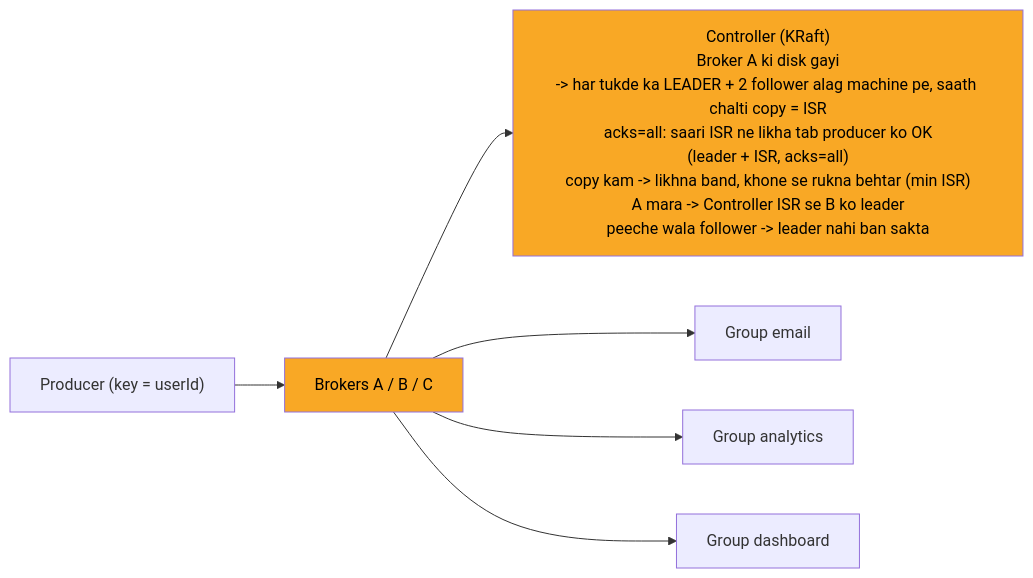
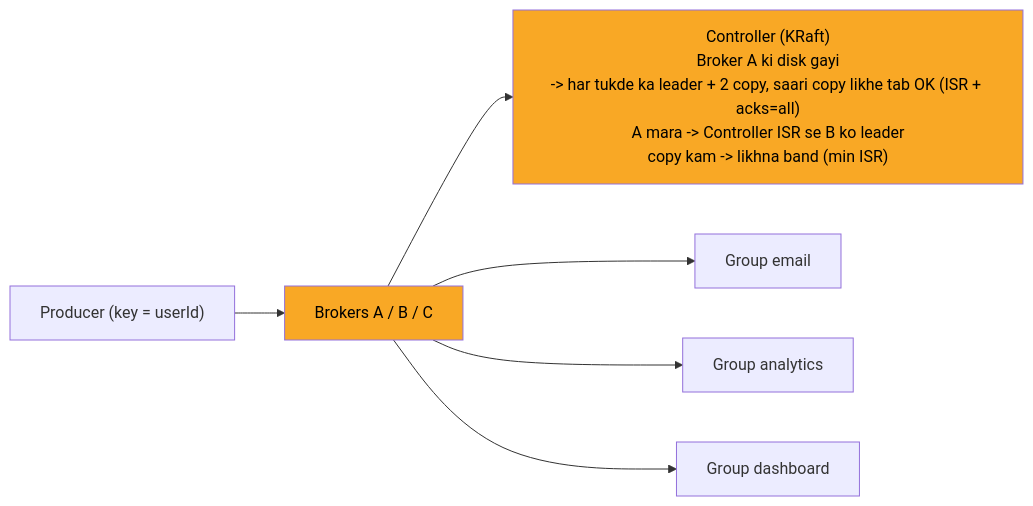
Before and after one commit to ArpanMaheshwari144/Prep: the diagram in 04_HLD/SYSTEM_DESIGNS/12_message_queue_kafka/img/c6.mmd, drawn with Mermaid. The commit also changed 182 other files, not shown here.

```diff
--- a/04_HLD/SYSTEM_DESIGNS/12_message_queue_kafka/img/c6.mmd
+++ b/04_HLD/SYSTEM_DESIGNS/12_message_queue_kafka/img/c6.mmd
@@ -1,15 +1,15 @@
 %%{init: {"flowchart": {"wrappingWidth": 450}}}%%
 flowchart LR
     n_P["Producer (key = userId)"]
     n_B["Brokers A / B / C"]
-    n_K["Controller (KRaft)<br/>Broker A ki disk gayi<br/>-> har tukde ka LEADER + 2 follower alag machine pe, saath chalti copy = ISR<br/>acks=all: saari ISR ne likha tab producer ko OK<br/>(leader + ISR, acks=all)<br/>copy kam -> likhna band, khone se rukna behtar (min ISR)<br/>A mara -> Controller ISR se B ko leader<br/>peeche wala follower -> leader nahi ban sakta"]
+    n_K["Controller (KRaft)<br/>Broker A ki disk gayi<br/>-> har tukde ka leader + 2 copy, saari copy likhe tab OK (ISR + acks=all)<br/>A mara -> Controller ISR se B ko leader<br/>copy kam -> likhna band (min ISR)"]
     n_GE["Group email"]
     n_GA["Group analytics"]
     n_GD["Group dashboard"]
     n_P --> n_B
     n_B --> n_K
     n_B --> n_GE
     n_B --> n_GA
     n_B --> n_GD
     style n_K fill:#f9a825,color:#000
     style n_B fill:#f9a825,color:#000
```
